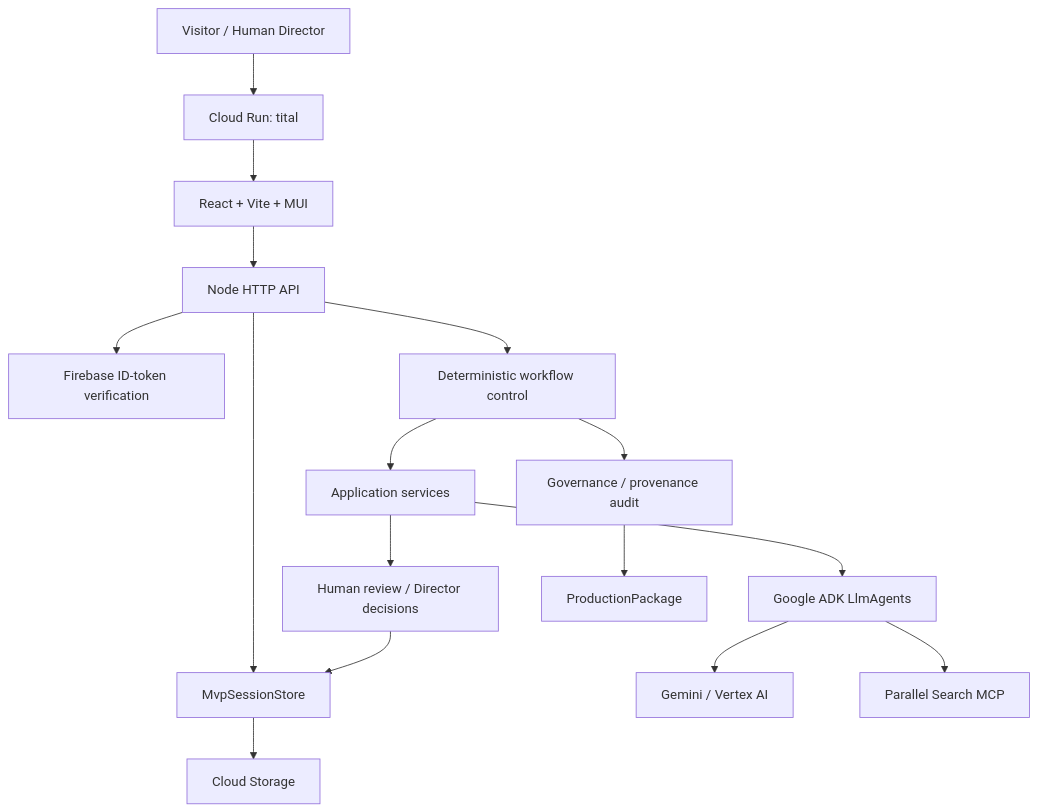
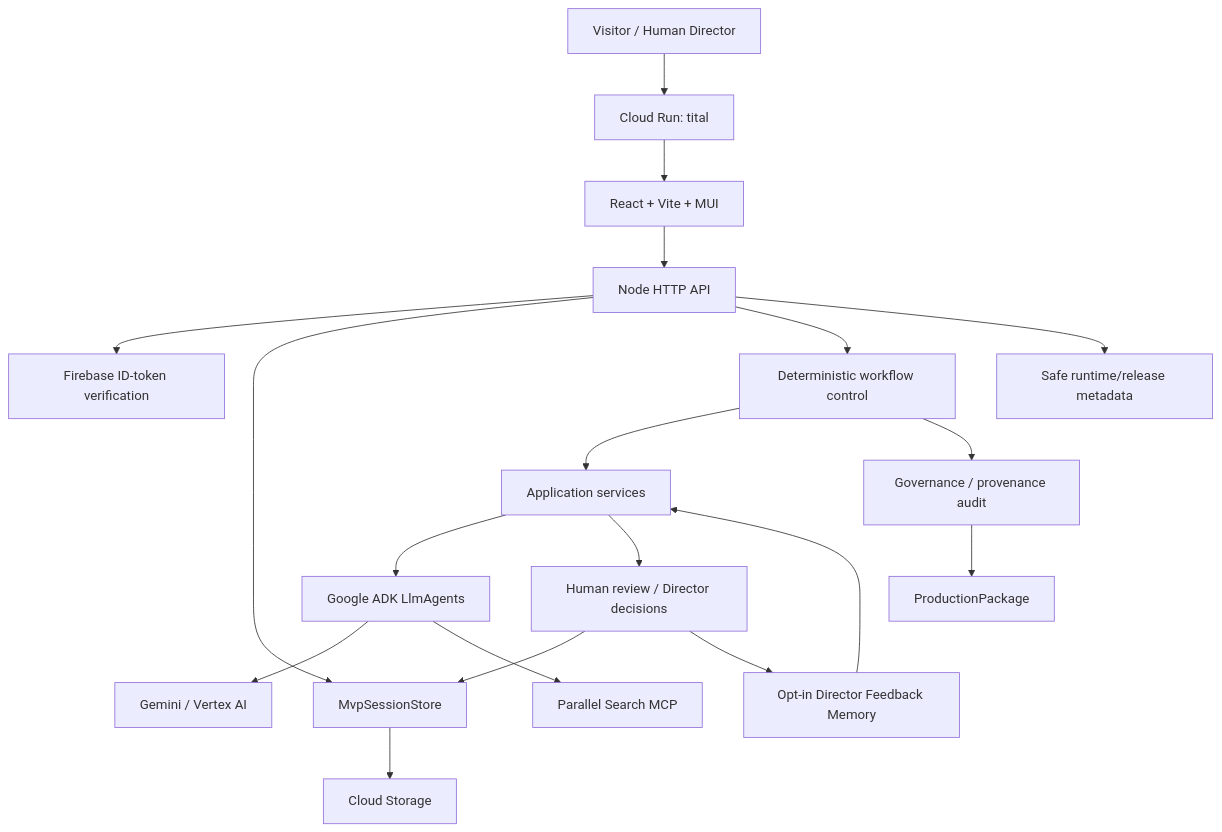
One commit to amin076/tital changed the first of 2 diagrams in docs/architecture/system-architecture.md. Above: the diagram before and after it, drawn with Mermaid. The commit also changed other lines of this file and 47 other files, not shown here.

````diff
--- a/docs/architecture/system-architecture.md
+++ b/docs/architecture/system-architecture.md
@@ -11,27 +11,31 @@
 ```mermaid
 graph TD
     U[Visitor / Human Director]
     CR[Cloud Run: tital]
     WEB[React + Vite + MUI]
     API[Node HTTP API]
     AUTH[Firebase ID-token verification]
     STORE[MvpSessionStore]
     GCS[Cloud Storage]
     WC[Deterministic workflow control]
     DS[Application services]
     DA[Google ADK LlmAgents]
     GI[Gemini / Vertex AI]
     PM[Parallel Search MCP]
     HG[Human review / Director decisions]
+    FM[Opt-in Director Feedback Memory]
     AU[Governance / provenance audit]
     PP[ProductionPackage]
+    RM[Safe runtime/release metadata]
 
     U --> CR --> WEB --> API
     API --> AUTH
     API --> STORE --> GCS
     API --> WC --> DS
     DS --> DA --> GI
     DA --> PM
     DS --> HG --> STORE
+    HG --> FM --> DS
     WC --> AU --> PP
+    API --> RM
 ```
````
